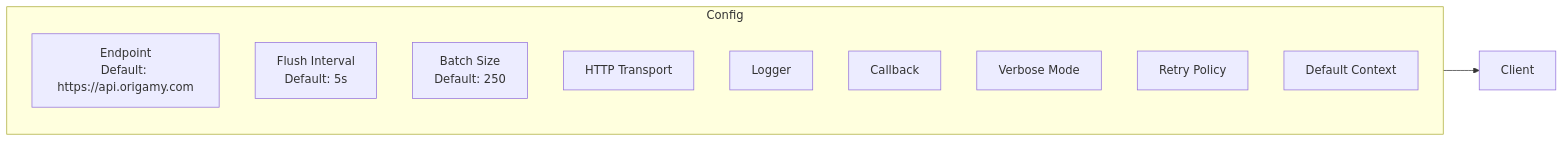
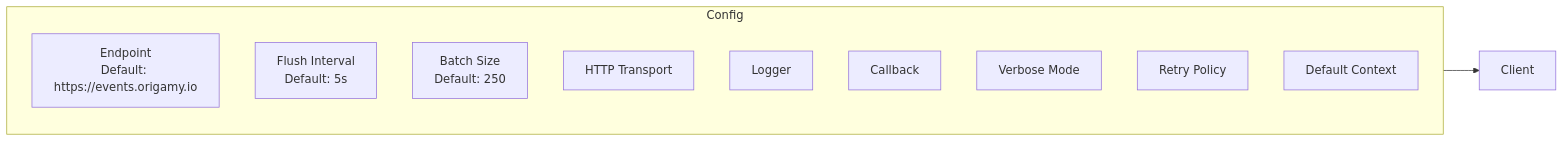
Before and after one commit to QubelyLabs/origamy-go-sdk: the seventh of 8 diagrams in ARCH.md, drawn with Mermaid. The commit also changed other lines of this file and 8 other files, not shown here.

First line of the commit message:
fix: make the module installable (QubelyLabs module path) + real default endpoint

````diff
--- a/ARCH.md
+++ b/ARCH.md
@@ -435,16 +435,16 @@
 ```mermaid
 graph LR
     subgraph Config
-        Endpoint[Endpoint<br>Default: https://api.origamy.com]
+        Endpoint[Endpoint<br>Default: https://events.origamy.io]
         Interval[Flush Interval<br>Default: 5s]
         BatchSize[Batch Size<br>Default: 250]
         Transport[HTTP Transport]
         Logger[Logger]
         Callback[Callback]
         Verbose[Verbose Mode]
         RetryAfter[Retry Policy]
         DefaultContext[Default Context]
     end
 
     Config --> Client
 ```
````
